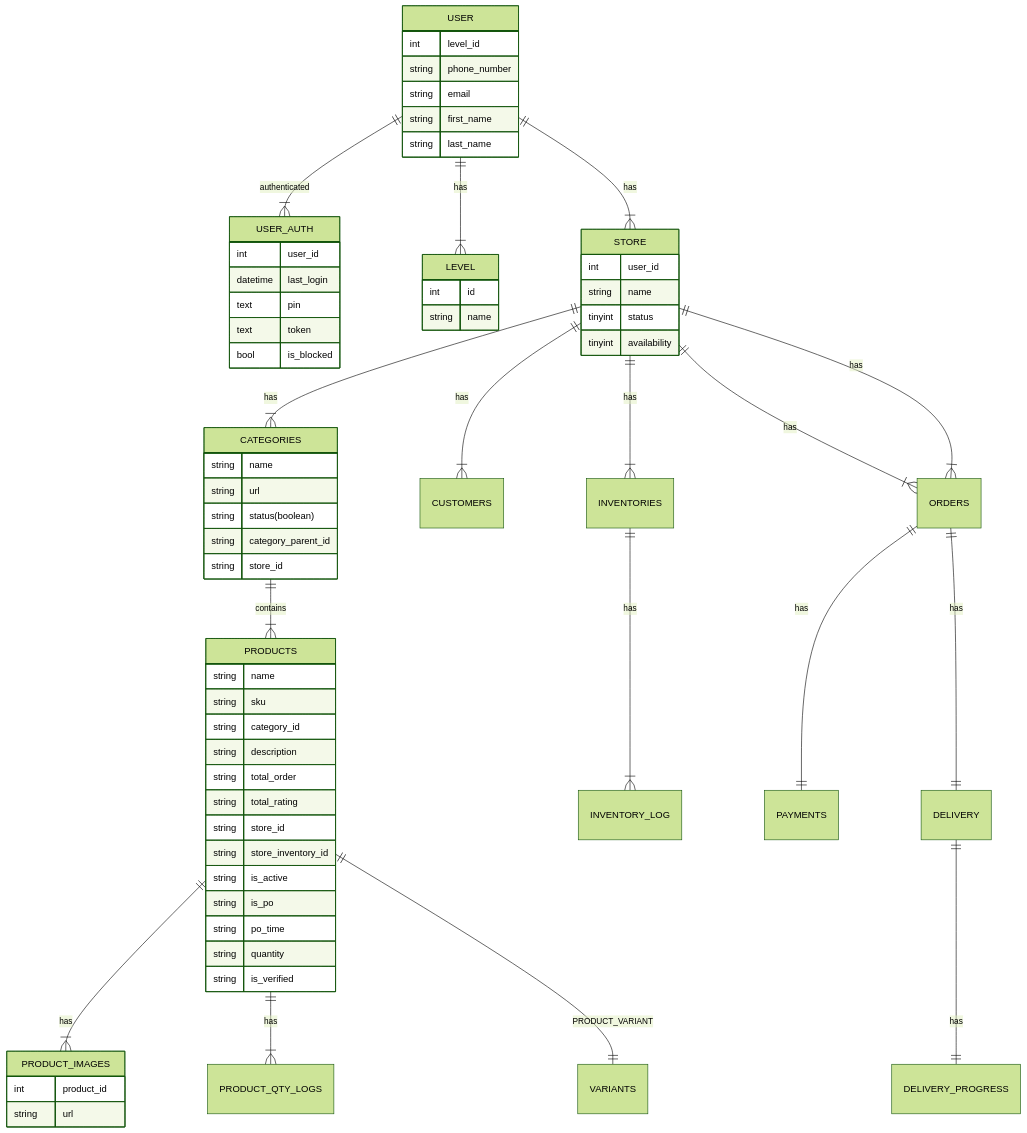
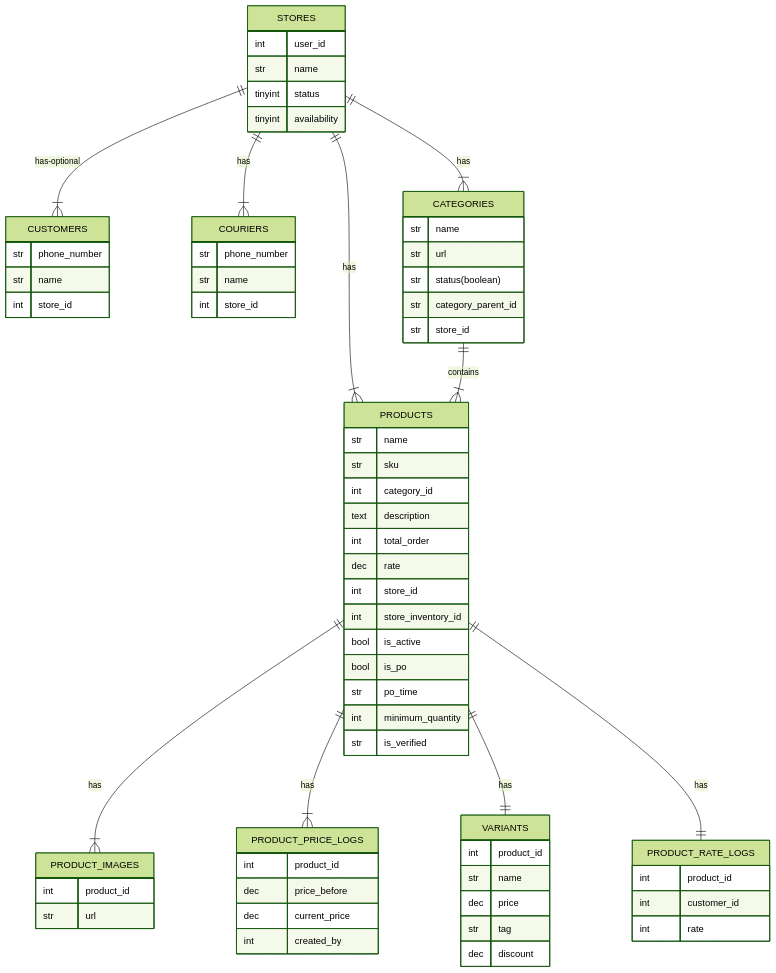
The second of 4 diagrams in README.md (Pasar-Kita/Documentation), drawn with Mermaid (forest theme) before and after one commit. The commit also changed other lines of this file, not shown here.

Commit message:
Splitting ERD Per Service

````diff
--- a/README.md
+++ b/README.md
@@ -8,70 +39,74 @@
 ```mermaid
 erDiagram
-    USER ||--|{ USER_AUTH : authenticated
-    USER ||--|{ LEVEL : has
-    USER ||--|{ STORE : has
+    STORES ||--|{ CUSTOMERS : has-optional
+    STORES ||--|{ COURIERS : has
+    STORES ||--|{ CATEGORIES : has
+    STORES ||--|{ PRODUCTS : has
     CATEGORIES ||--|{ PRODUCTS : contains
-    STORE ||--|{ CUSTOMERS : has
-    STORE ||--|{ ORDERS : has
-    STORE ||--|{ CATEGORIES : has
-    STORE ||--|{ ORDERS : has
-    STORE ||--|{ INVENTORIES : has
-    INVENTORIES ||--|{ INVENTORY_LOG : has
     PRODUCTS ||--|{ PRODUCT_IMAGES : has
-    PRODUCTS ||--|{ PRODUCT_QTY_LOGS : has
-    PRODUCTS ||--|| VARIANTS : PRODUCT_VARIANT
-    ORDERS ||--|| PAYMENTS : has
-    ORDERS ||--|| DELIVERY : has
-    DELIVERY ||--|| DELIVERY_PROGRESS : has
-    USER {
-        int level_id
-        string phone_number
-        string email
-        string first_name
-        string last_name
-    }
-    USER_AUTH {
+    PRODUCTS ||--|{ PRODUCT_PRICE_LOGS : has
+    PRODUCTS ||--|| VARIANTS : has
+    PRODUCTS ||--|| PRODUCT_RATE_LOGS :has
+    STORES {
         int user_id
-        datetime last_login
-        text pin
-        text token
-        bool is_blocked
-    }
-    LEVEL {
-        int id
-        string name
-    }
-    STORE {
-        int user_id
-        string name
+        str name
         tinyint status
         tinyint availability
     }
     CATEGORIES {
-        string name
-        string url
-        string status(boolean)
-        string category_parent_id
-        string store_id
+        str name
+        str url
+        str status(boolean)
+        str category_parent_id
+        str store_id
     }
     PRODUCTS{
-        string name
-        string sku
-        string category_id
-        string description
-        string total_order
-        string total_rating
-        string store_id
-        string store_inventory_id
-        string is_active
-        string is_po
-        string po_time
-        string quantity
-        string is_verified
+        str name
+        str sku
+        int category_id
+        text description
+        int total_order
+        dec rate
+        int store_id
+        int store_inventory_id
+        bool is_active
+        bool is_po
+        str po_time
+        int minimum_quantity
+        str is_verified
     }
     PRODUCT_IMAGES{
         int product_id
-        string url
+        str url
+    }
+    PRODUCT_RATE_LOGS{
+        int product_id
+        int customer_id
+        int rate
+    }
+    CUSTOMERS{
+        str phone_number
+        str name
+        int store_id
+    }
+    PRODUCT_PRICE_LOGS{
+        int product_id
+        dec price_before
+        dec current_price
+        int created_by
+    }
+    VARIANTS{
+        int product_id
+        str name
+        dec price
+        str tag
+        dec discount
+    }
+    COURIERS{
+        str phone_number
+        str name
+        int store_id
     }
 
+
 ```
````
